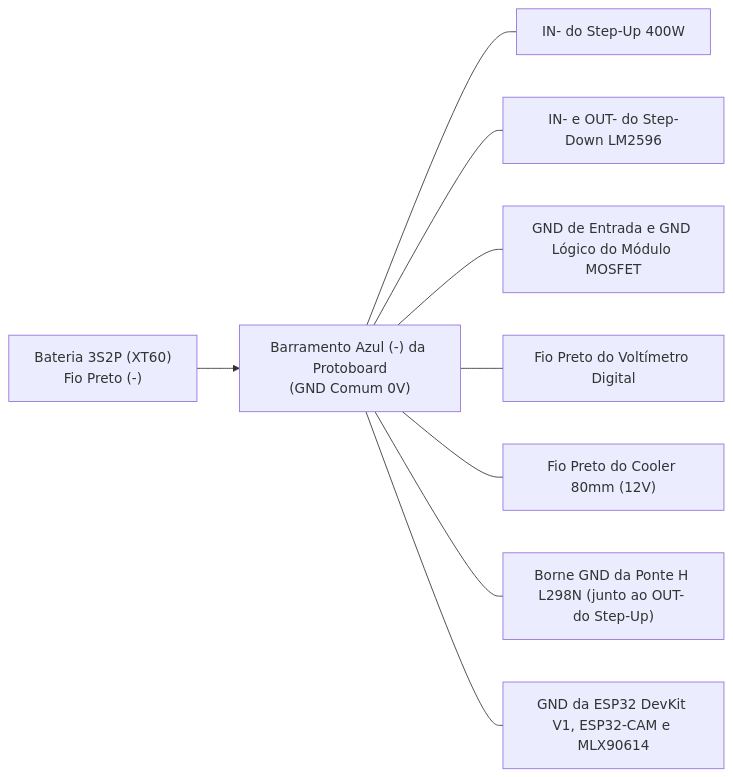
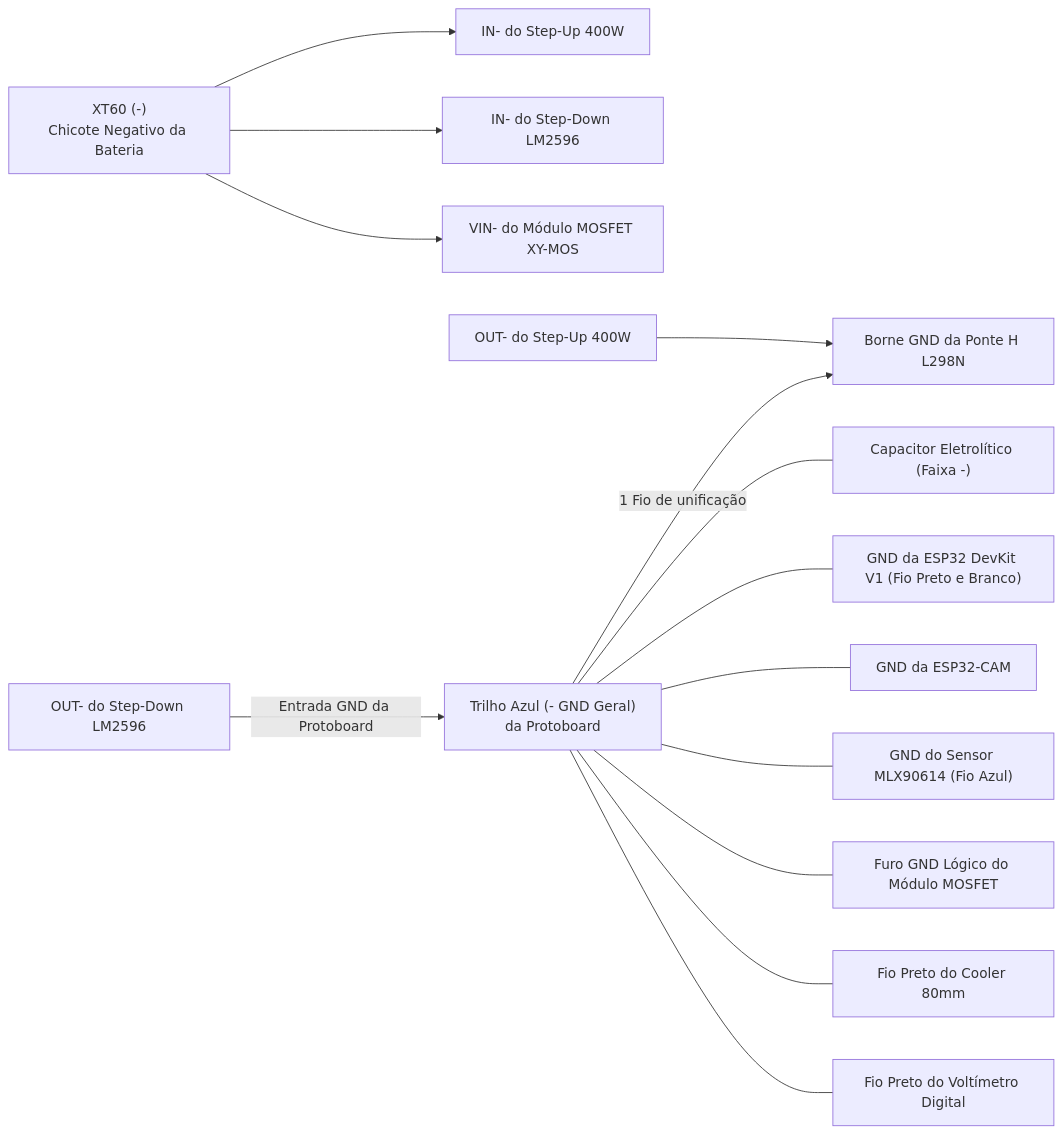
The second of 2 diagrams in docs/01_visao_geral.md (TacioMoreira25/robo-inspetor), drawn with Mermaid before and after one commit. The commit also changed other lines of this file and 29 other files, not shown here.

````diff
--- a/docs/01_visao_geral.md
+++ b/docs/01_visao_geral.md
@@ -56,14 +60,29 @@
 ```mermaid
 flowchart LR
-    BAT_GND["Bateria 3S2P (XT60)<br/>Fio Preto (-)"]
-    PROTO_GND["Barramento Azul (-) da Protoboard<br/>(GND Comum 0V)"]
+    BAT_NEG["XT60 (-)<br/>Chicote Negativo da Bateria"]
+    SU_IN["IN- do Step-Up 400W"]
+    SD_IN["IN- do Step-Down LM2596"]
+    MOS_IN["VIN- do Módulo MOSFET XY-MOS"]
 
-    BAT_GND --> PROTO_GND
-    PROTO_GND --- G1["IN- do Step-Up 400W"]
-    PROTO_GND --- G2["IN- e OUT- do Step-Down LM2596"]
-    PROTO_GND --- G3["GND de Entrada e GND Lógico do Módulo MOSFET"]
-    PROTO_GND --- G4["Fio Preto do Voltímetro Digital"]
-    PROTO_GND --- G5["Fio Preto do Cooler 80mm (12V)"]
-    PROTO_GND --- G6["Borne GND da Ponte H L298N (junto ao OUT- do Step-Up)"]
-    PROTO_GND --- G7["GND da ESP32 DevKit V1, ESP32-CAM e MLX90614"]
+    SD_OUT["OUT- do Step-Down LM2596"]
+    SU_OUT["OUT- do Step-Up 400W"]
+
+    TRILHO_GND["Trilho Azul (- GND Geral)<br/>da Protoboard"]
+    L298N_GND["Borne GND da Ponte H L298N"]
+
+    BAT_NEG --> SU_IN
+    BAT_NEG --> SD_IN
+    BAT_NEG --> MOS_IN
+
+    SD_OUT -->|"Entrada GND da Protoboard"| TRILHO_GND
+    SU_OUT --> L298N_GND
+    TRILHO_GND -->|"1 Fio de unificação"| L298N_GND
+
+    TRILHO_GND --- G1["Capacitor Eletrolítico (Faixa -)"]
+    TRILHO_GND --- G2["GND da ESP32 DevKit V1 (Fio Preto e Branco)"]
+    TRILHO_GND --- G3["GND da ESP32-CAM"]
+    TRILHO_GND --- G4["GND do Sensor MLX90614 (Fio Azul)"]
+    TRILHO_GND --- G5["Furo GND Lógico do Módulo MOSFET"]
+    TRILHO_GND --- G6["Fio Preto do Cooler 80mm"]
+    TRILHO_GND --- G7["Fio Preto do Voltímetro Digital"]
 ```
````
